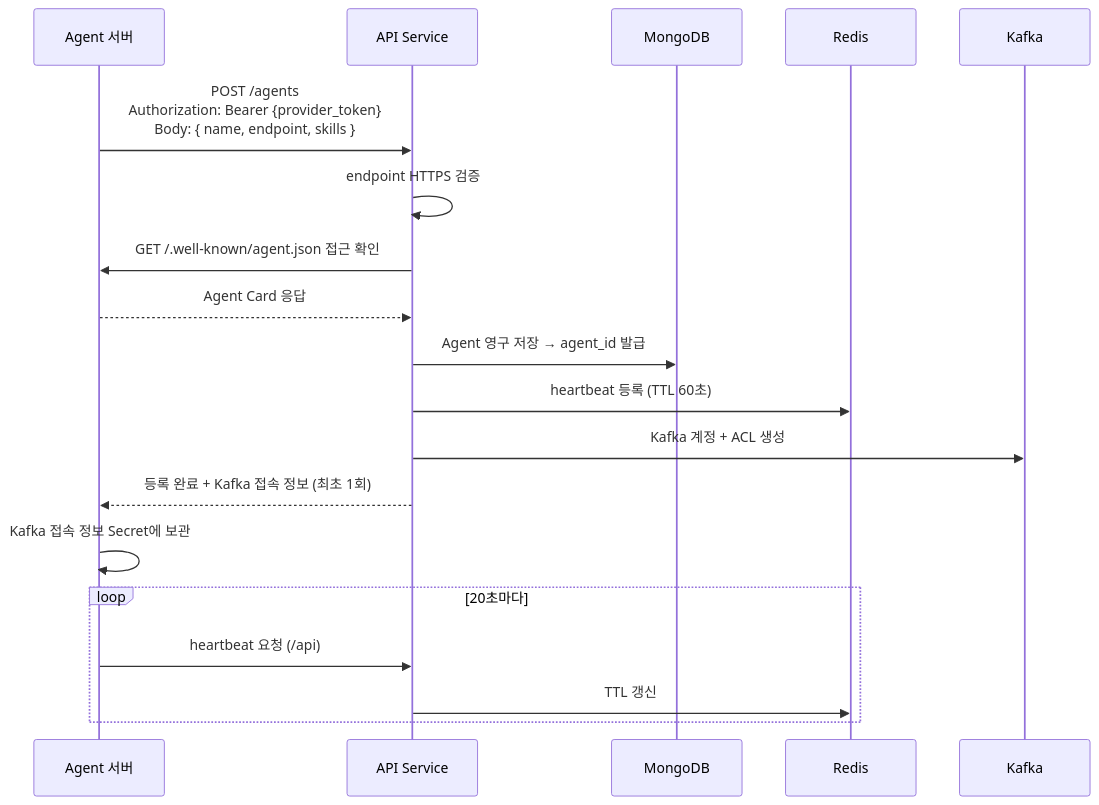
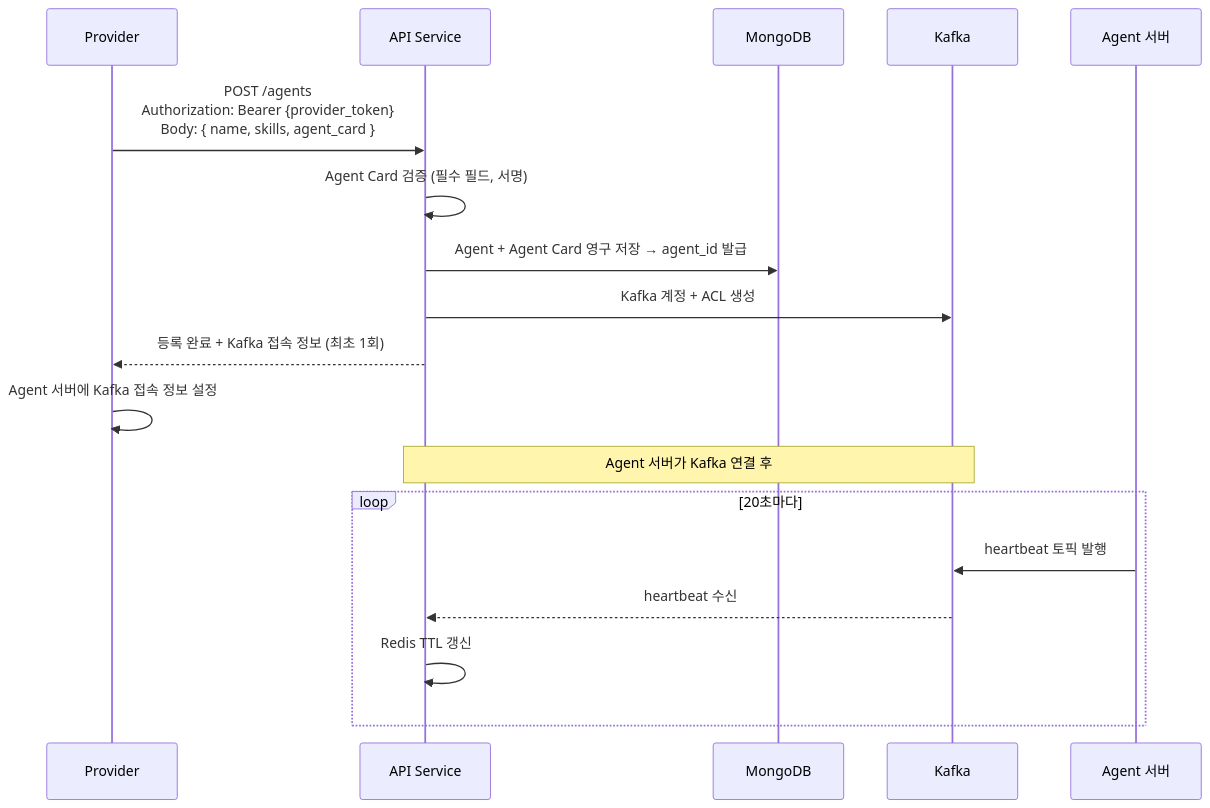
One commit to genie49/bara-world changed the third of 3 diagrams in docs/spec/api/agent-registry.md. Above: the diagram before and after it, drawn with Mermaid. The commit also changed other lines of this file and 4 other files, not shown here.

Commit message:
docs(docs): Agent 통신을 Kafka 전용으로 변경, HTTP 노출 제거

````diff
--- a/docs/spec/api/agent-registry.md
+++ b/docs/spec/api/agent-registry.md
@@ -136,27 +135,26 @@
 ```mermaid
 sequenceDiagram
-    participant A as Agent 서버
+    participant P as Provider
     participant R as API Service
     participant Mongo as MongoDB
-    participant Redis as Redis
     participant K as Kafka
 
-    A->>R: POST /agents<br/>Authorization: Bearer {provider_token}<br/>Body: { name, endpoint, skills }
+    P->>R: POST /agents<br/>Authorization: Bearer {provider_token}<br/>Body: { name, skills, agent_card }
 
-    R->>R: endpoint HTTPS 검증
-    R->>A: GET /.well-known/agent.json 접근 확인
-    A-->>R: Agent Card 응답
-
-    R->>Mongo: Agent 영구 저장 → agent_id 발급
-    R->>Redis: heartbeat 등록 (TTL 60초)
+    R->>R: Agent Card 검증 (필수 필드, 서명)
+    R->>Mongo: Agent + Agent Card 영구 저장 → agent_id 발급
     R->>K: Kafka 계정 + ACL 생성
 
-    R-->>A: 등록 완료 + Kafka 접속 정보 (최초 1회)
+    R-->>P: 등록 완료 + Kafka 접속 정보 (최초 1회)
 
-    A->>A: Kafka 접속 정보 Secret에 보관
+    P->>P: Agent 서버에 Kafka 접속 정보 설정
+
+    Note over R,K: Agent 서버가 Kafka 연결 후
 
     loop 20초마다
-        A->>R: heartbeat 요청 (/api)
-        R->>Redis: TTL 갱신
+        participant A as Agent 서버
+        A->>K: heartbeat 토픽 발행
+        K-->>R: heartbeat 수신
+        R->>R: Redis TTL 갱신
     end
 ```
````
